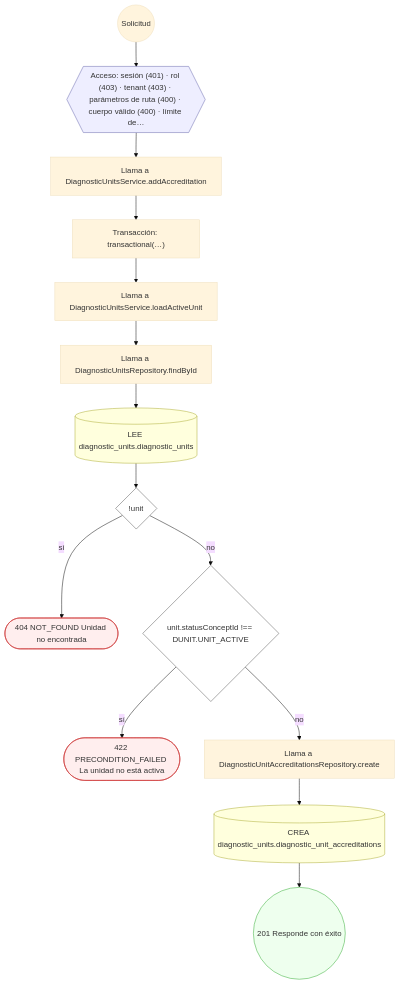
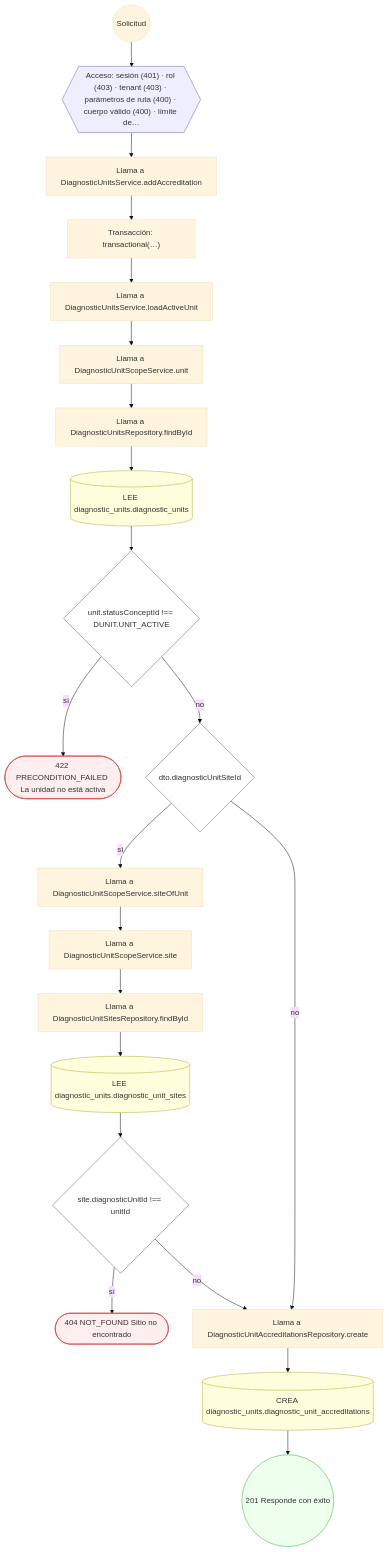
One commit to mdavila-2001/mantra-core-health-api changed the ninth of 19 diagrams in docs/inventario/flujos/diagnostic_units.md. Above: the diagram before and after it, drawn with Mermaid (base theme). The commit also changed other lines of this file and 438 other files, not shown here.

````diff
--- a/docs/inventario/flujos/diagnostic_units.md
+++ b/docs/inventario/flujos/diagnostic_units.md
@@ -691,36 +686,49 @@
 ```mermaid
 flowchart TD
   n1(("Solicitud")):::inicio
   n2{{"Acceso: sesión (401) · rol (403) · tenant (403) · parámetros de ruta (400) · cuerpo válido (400) · límite de…"}}:::acceso
   n1 --> n2
   n3["Llama a DiagnosticUnitsService.addAccreditation"]:::llamada
   n2 --> n3
   n4["Transacción: transactional(…)"]:::transaccion
   n3 --> n4
   n5["Llama a DiagnosticUnitsService.loadActiveUnit"]:::llamada
   n4 --> n5
-  n6["Llama a DiagnosticUnitsRepository.findById"]:::llamada
+  n6["Llama a DiagnosticUnitScopeService.unit"]:::llamada
   n5 --> n6
-  n7[("LEE diagnostic_units.diagnostic_units")]:::efecto
+  n7["Llama a DiagnosticUnitsRepository.findById"]:::llamada
   n6 --> n7
-  n8{"!unit"}:::decision
+  n8[("LEE diagnostic_units.diagnostic_units")]:::efecto
   n7 --> n8
-  n9(["404 NOT_FOUND Unidad no encontrada"]):::error
-  n8 -->|"sí"| n9
-  n10{"unit.statusConceptId !== DUNIT.UNIT_ACTIVE"}:::decision
-  n8 -->|"no"| n10
-  n11(["422 PRECONDITION_FAILED La unidad no está activa"]):::error
-  n10 -->|"sí"| n11
-  n12["Llama a DiagnosticUnitAccreditationsRepository.create"]:::llamada
-  n10 -->|"no"| n12
-  n13[("CREA diagnostic_units.diagnostic_unit_accreditations")]:::efecto
+  n9{"unit.statusConceptId !== DUNIT.UNIT_ACTIVE"}:::decision
+  n8 --> n9
+  n10(["422 PRECONDITION_FAILED La unidad no está activa"]):::error
+  n9 -->|"sí"| n10
+  n11{"dto.diagnosticUnitSiteId"}:::decision
+  n9 -->|"no"| n11
+  n12["Llama a DiagnosticUnitScopeService.siteOfUnit"]:::llamada
+  n11 -->|"sí"| n12
+  n13["Llama a DiagnosticUnitScopeService.site"]:::llamada
   n12 --> n13
-  n14(("201 Responde con éxito")):::ok
+  n14["Llama a DiagnosticUnitSitesRepository.findById"]:::llamada
   n13 --> n14
+  n15[("LEE diagnostic_units.diagnostic_unit_sites")]:::efecto
+  n14 --> n15
+  n16{"site.diagnosticUnitId !== unitId"}:::decision
+  n15 --> n16
+  n17(["404 NOT_FOUND Sitio no encontrado"]):::error
+  n16 -->|"sí"| n17
+  n18["Llama a DiagnosticUnitAccreditationsRepository.create"]:::llamada
+  n16 -->|"no"| n18
+  n11 -->|"no"| n18
+  n19[("CREA diagnostic_units.diagnostic_unit_accreditations")]:::efecto
+  n18 --> n19
+  n20(("201 Responde con éxito")):::ok
+  n19 --> n20
   classDef acceso fill:#eef,stroke:#66a
   classDef error fill:#fee,stroke:#c33
   classDef ok fill:#efe,stroke:#3a3
   classDef efecto fill:#ffd,stroke:#aa3
   classDef decision fill:#fff,stroke:#555
   classDef corte fill:#eee,stroke:#999,stroke-dasharray: 4
 ```
````
